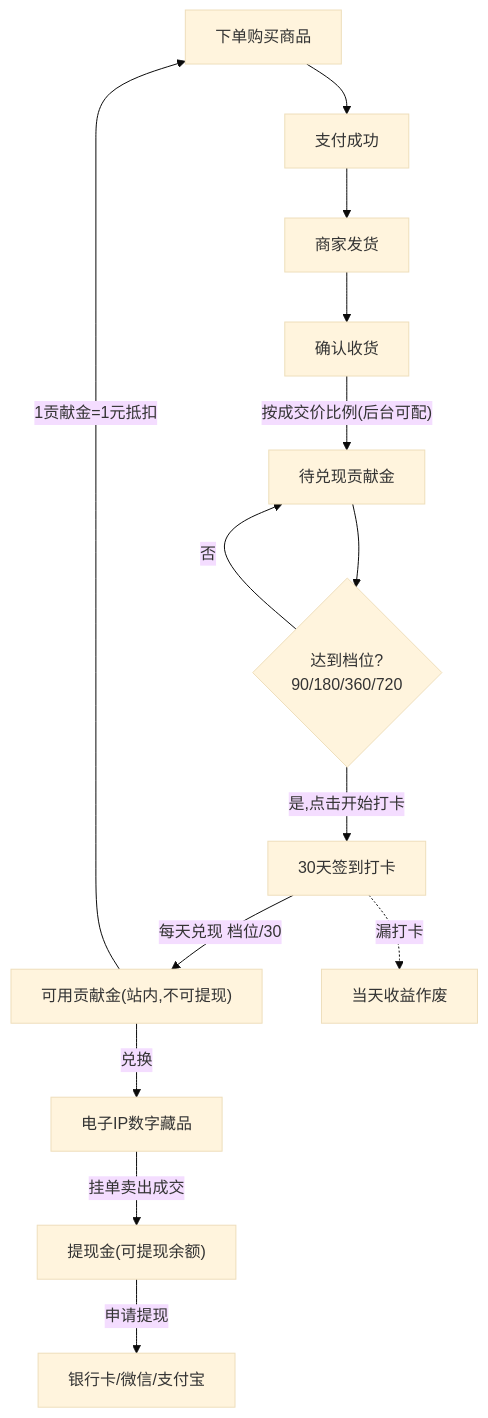
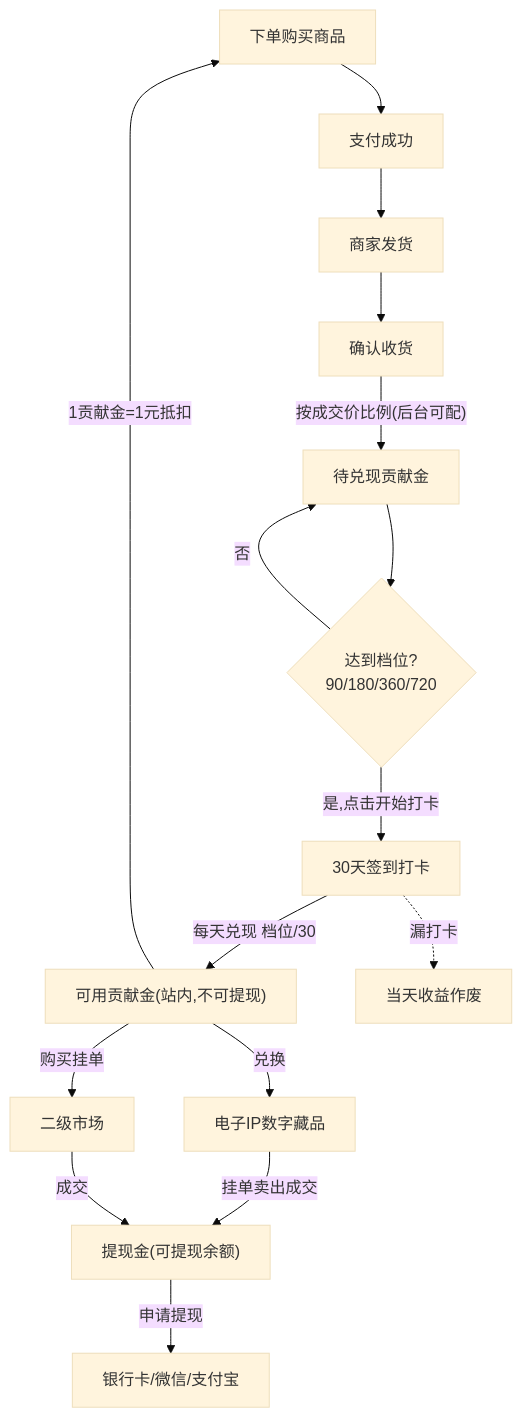
One commit to Div-student/shareMall changed the first of 5 diagrams in docs/产品页面清单与功能拆解.md. Above: the diagram before and after it, drawn with Mermaid (base theme). The commit also changed other lines of this file and 128 other files, not shown here.

````diff
--- a/docs/产品页面清单与功能拆解.md
+++ b/docs/产品页面清单与功能拆解.md
@@ -19,16 +19,18 @@
 ```mermaid
 flowchart TD
     Buy["下单购买商品"] --> Pay["支付成功"]
     Pay --> Ship["商家发货"]
     Ship --> Receive["确认收货"]
     Receive -->|"按成交价比例(后台可配)"| Accrue["待兑现贡献金"]
     Accrue --> Tier{"达到档位?<br/>90/180/360/720"}
     Tier -->|"是,点击开始打卡"| CheckIn["30天签到打卡"]
     Tier -->|"否"| Accrue
     CheckIn -->|"每天兑现 档位/30"| Avail["可用贡献金(站内,不可提现)"]
     CheckIn -.->|"漏打卡"| Lose["当天收益作废"]
     Avail -->|"1贡献金=1元抵扣"| Buy
     Avail -->|"兑换"| IP["电子IP数字藏品"]
+    Avail -->|"购买挂单"| Trade["二级市场"]
     IP -->|"挂单卖出成交"| Cash["提现金(可提现余额)"]
+    Trade -->|"成交"| Cash
     Cash -->|"申请提现"| Bank["银行卡/微信/支付宝"]
 ```
````
